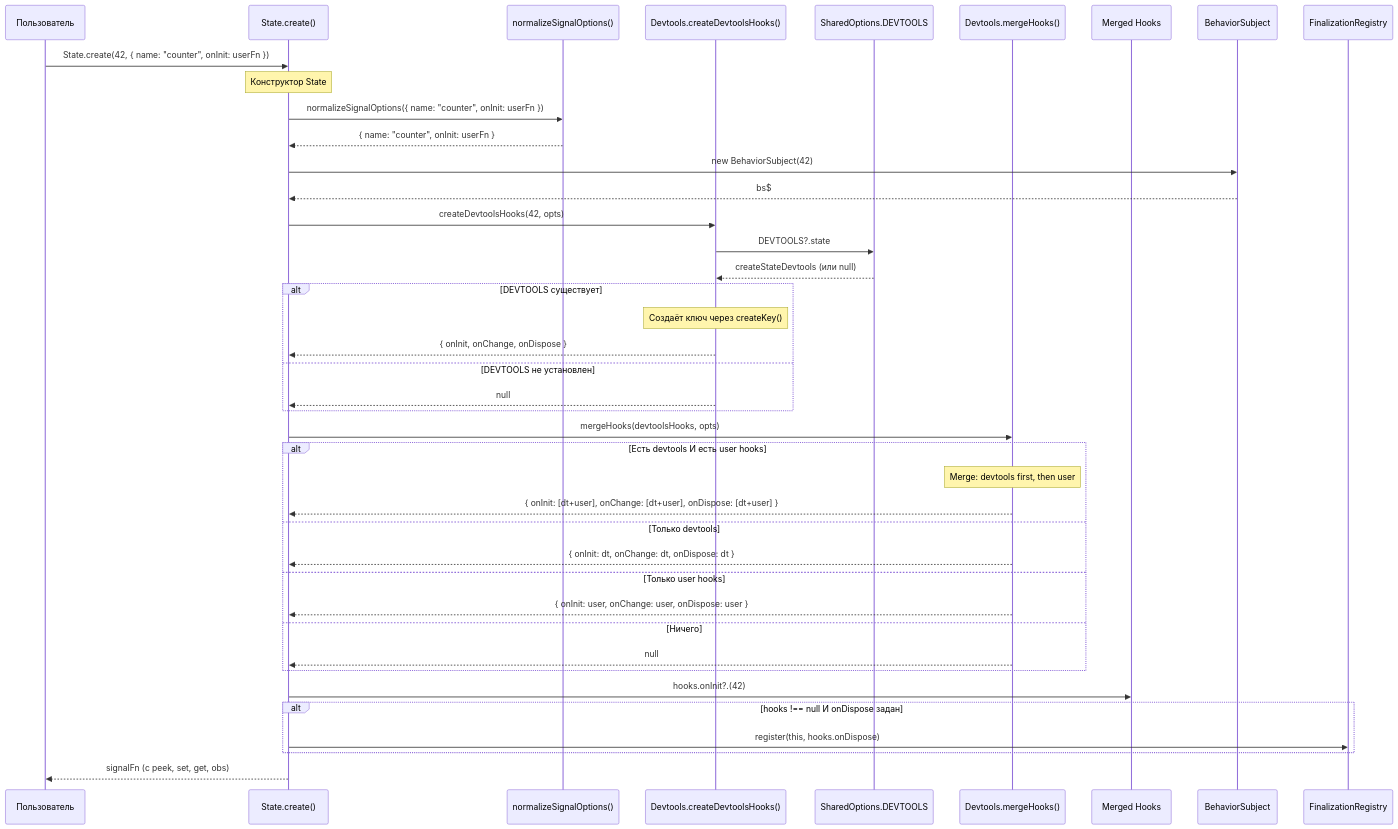
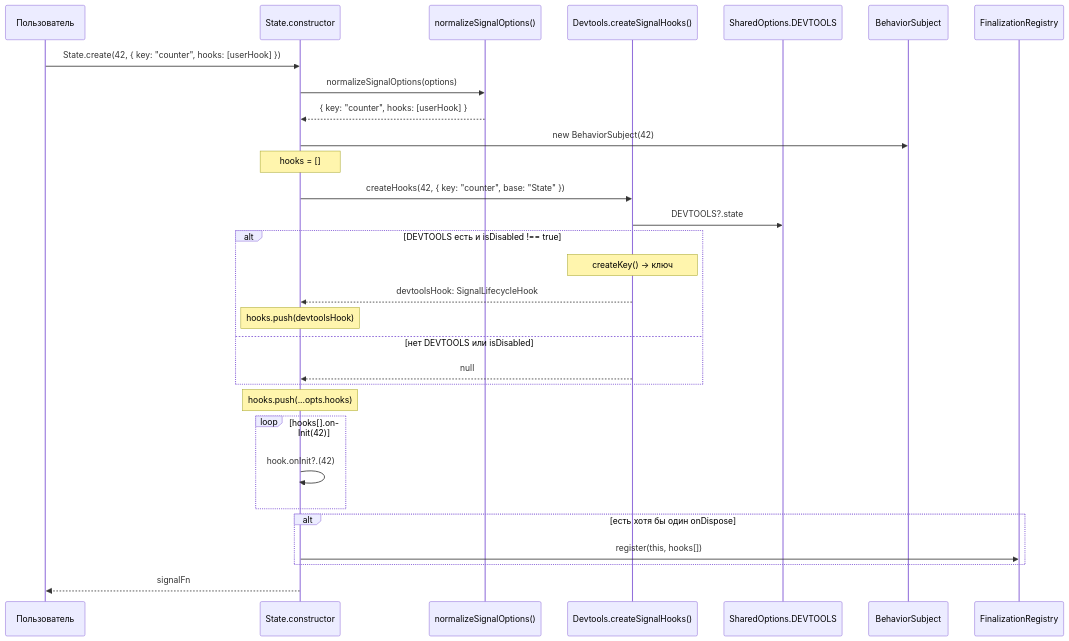
The second of 11 diagrams in .thoughts/2026-03-11_signal-devtools-lifecycle/02-design/02-dataflow.md (fozy-labs/rx-toolkit), drawn with Mermaid before and after one commit. The commit also changed other lines of this file and 9 other files, not shown here.

Commit message:
thoughts: add design for signal devtools lifecycle hooks

````diff
--- a/.thoughts/2026-03-11_signal-devtools-lifecycle/02-design/02-dataflow.md
+++ b/.thoughts/2026-03-11_signal-devtools-lifecycle/02-design/02-dataflow.md
@@ -58,54 +46,42 @@
 ```mermaid
 sequenceDiagram
     participant User as Пользователь
-    participant State as State.create()
-    participant Normalize as normalizeSignalOptions()
-    participant Devtools as Devtools.createDevtoolsHooks()
-    participant SharedOpts as SharedOptions.DEVTOOLS
-    participant Merge as Devtools.mergeHooks()
-    participant Hooks as Merged Hooks
+    participant State as State.constructor
+    participant Norm as normalizeSignalOptions()
+    participant DT as Devtools.createSignalHooks()
+    participant SO as SharedOptions.DEVTOOLS
     participant BS as BehaviorSubject
     participant FR as FinalizationRegistry
 
-    User->>State: State.create(42, { name: "counter", onInit: userFn })
+    User->>State: State.create(42, { key: "counter", hooks: [userHook] })
 
-    Note over State: Конструктор State
-
-    State->>Normalize: normalizeSignalOptions({ name: "counter", onInit: userFn })
-    Normalize-->>State: { name: "counter", onInit: userFn }
+    State->>Norm: normalizeSignalOptions(options)
+    Norm-->>State: { key: "counter", hooks: [userHook] }
 
     State->>BS: new BehaviorSubject(42)
-    BS-->>State: bs$
 
-    State->>Devtools: createDevtoolsHooks(42, opts)
-    Devtools->>SharedOpts: DEVTOOLS?.state
-    SharedOpts-->>Devtools: createStateDevtools (или null)
+    Note over State: hooks = []
 
-    alt DEVTOOLS существует
-        Note over Devtools: Создаёт ключ через createKey()
-        Devtools-->>State: { onInit, onChange, onDispose }
-    else DEVTOOLS не установлен
-        Devtools-->>State: null
+    State->>DT: createHooks(42, { key: "counter", base: "State" })
+    DT->>SO: DEVTOOLS?.state
+
+    alt DEVTOOLS есть и isDisabled !== true
+        Note over DT: createKey() → ключ
+        DT-->>State: devtoolsHook: SignalLifecycleHook
+        Note over State: hooks.push(devtoolsHook)
+    else нет DEVTOOLS или isDisabled
+        DT-->>State: null
     end
 
-    State->>Merge: mergeHooks(devtoolsHooks, opts)
+    Note over State: hooks.push(...opts.hooks)
 
-    alt Есть devtools И есть user hooks
-        Note over Merge: Merge: devtools first, then user
-        Merge-->>State: { onInit: [dt+user], onChange: [dt+user], onDispose: [dt+user] }
-    else Только devtools
-        Merge-->>State: { onInit: dt, onChange: dt, onDispose: dt }
-    else Только user hooks
-        Merge-->>State: { onInit: user, onChange: user, onDispose: user }
-    else Ничего
-        Merge-->>State: null
+    loop hooks[].onInit(42)
+        State->>State: hook.onInit?.(42)
     end
 
-    State->>Hooks: hooks.onInit?.(42)
-
-    alt hooks !== null И onDispose задан
-        State->>FR: register(this, hooks.onDispose)
+    alt есть хотя бы один onDispose
+        State->>FR: register(this, hooks[])
     end
 
-    State-->>User: signalFn (с peek, set, get, obs)
+    State-->>User: signalFn
 ```
````
